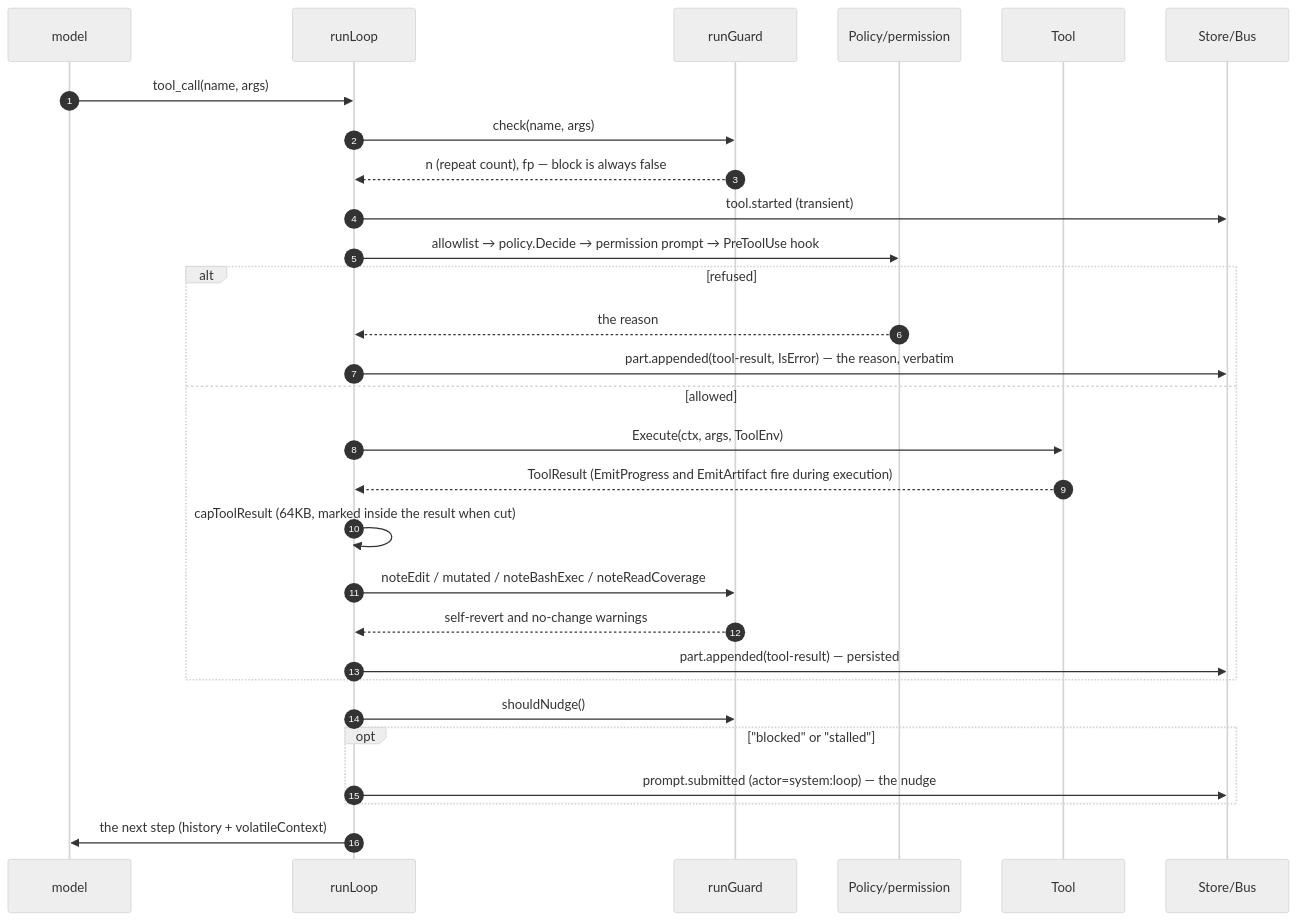
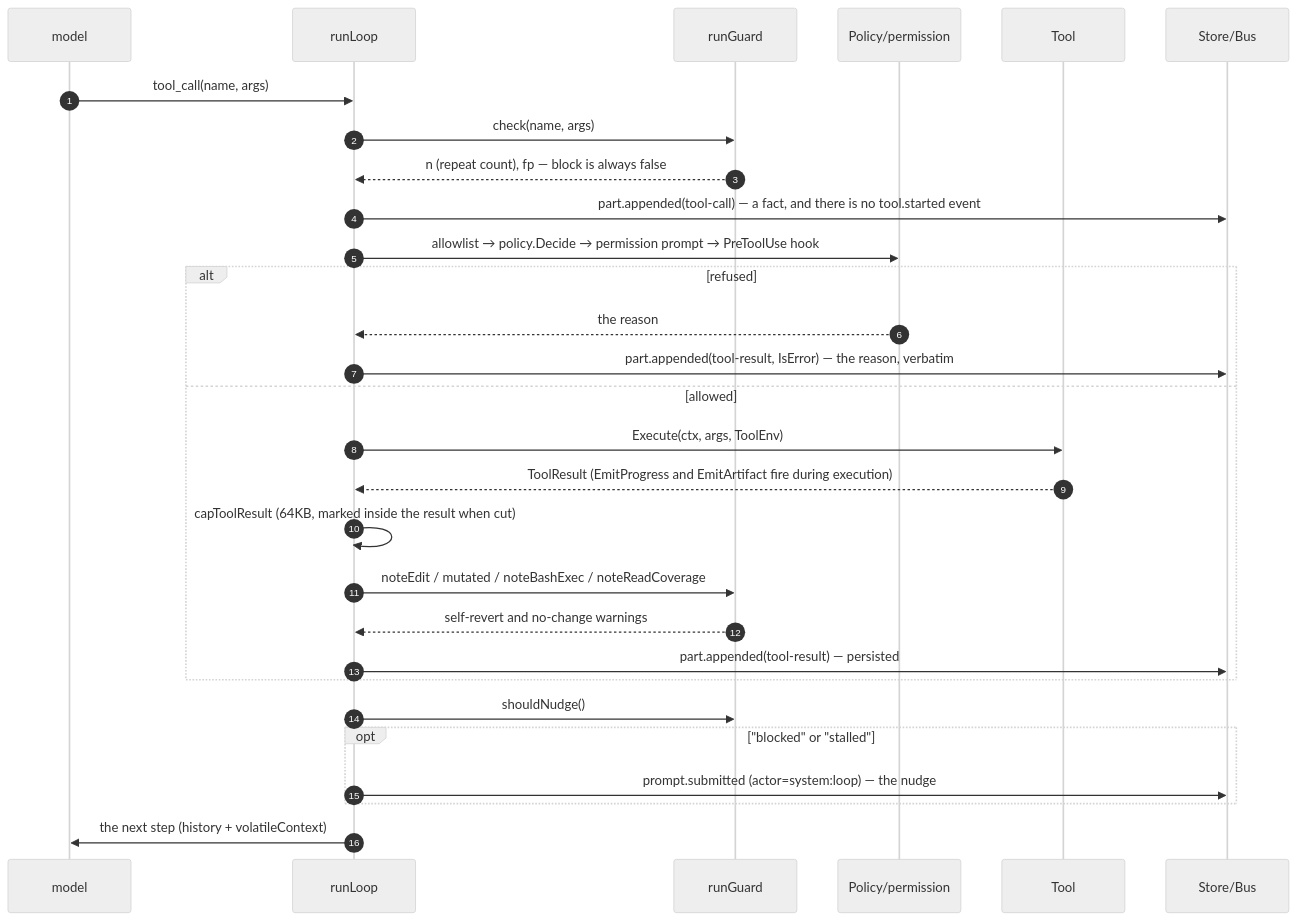
Before and after one commit to sayaya1090/magi: diagram 11 of 18 in docs/DIAGRAMS.md, drawn with Mermaid. The commit also changed 8 other files, not shown here.

````diff
--- a/docs/DIAGRAMS.md
+++ b/docs/DIAGRAMS.md
@@ -752,33 +752,33 @@
 ```mermaid
 %%{init: {'theme':'neutral'}}%%
 sequenceDiagram
   autonumber
   participant M as model
   participant L as runLoop
   participant G as runGuard
   participant P as Policy/permission
   participant T as Tool
   participant S as Store/Bus
 
   M->>L: tool_call(name, args)
   L->>G: check(name, args)
   G-->>L: n (repeat count), fp — block is always false
-  L->>S: tool.started (transient)
+  L->>S: part.appended(tool-call) — a fact, and there is no tool.started event
   L->>P: allowlist → policy.Decide → permission prompt → PreToolUse hook
   alt refused
     P-->>L: the reason
     L->>S: part.appended(tool-result, IsError) — the reason, verbatim
   else allowed
     L->>T: Execute(ctx, args, ToolEnv)
     T-->>L: ToolResult (EmitProgress and EmitArtifact fire during execution)
     L->>L: capToolResult (64KB, marked inside the result when cut)
     L->>G: noteEdit / mutated / noteBashExec / noteReadCoverage
     G-->>L: self-revert and no-change warnings
     L->>S: part.appended(tool-result) — persisted
   end
   L->>G: shouldNudge()
   opt "blocked" or "stalled"
     L->>S: prompt.submitted (actor=system:loop) — the nudge
   end
   L->>M: the next step (history + volatileContext)
 ```
````
